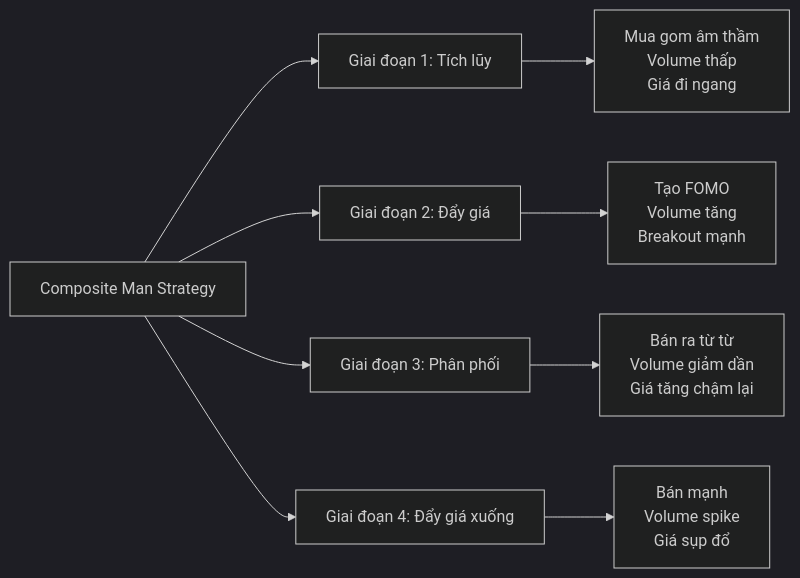
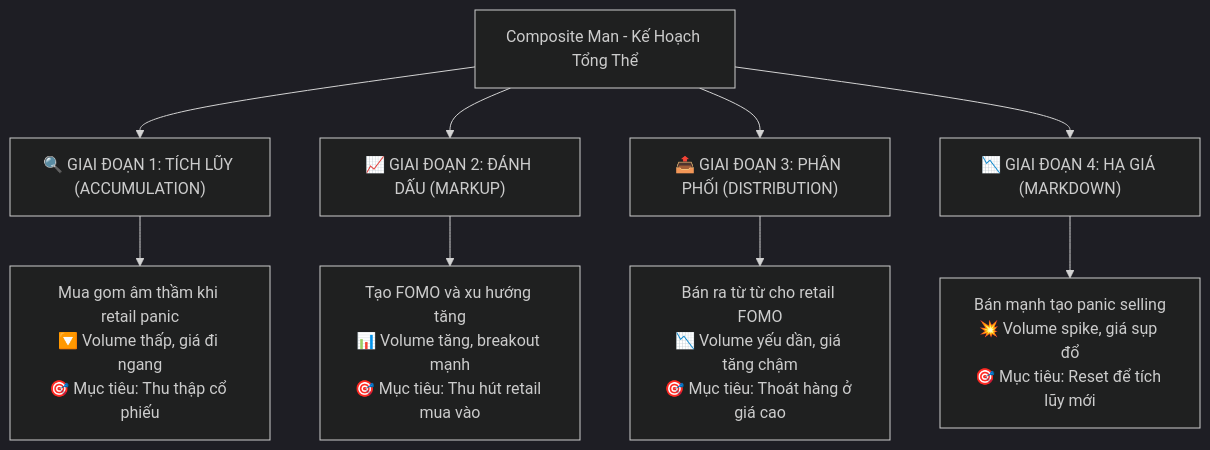
One commit to quanhua92/aipriceaction-old changed the first of 2 diagrams in docs/tutorials/chapter-1-3-composite-man.md. Above: the diagram before and after it, drawn with Mermaid (dark theme). The commit also changed other lines of this file and 21 other files, not shown here.

````diff
--- a/docs/tutorials/chapter-1-3-composite-man.md
+++ b/docs/tutorials/chapter-1-3-composite-man.md
@@ -14,12 +28,12 @@
 ```mermaid
-flowchart LR
-    A[Composite Man Strategy] --> B[Giai đoạn 1: Tích lũy]
-    A --> C[Giai đoạn 2: Đẩy giá]  
-    A --> D[Giai đoạn 3: Phân phối]
-    A --> E[Giai đoạn 4: Đẩy giá xuống]
+flowchart TD
+    A[Composite Man - Kế Hoạch Tổng Thể] --> B["🔍 GIAI ĐOẠN 1: TÍCH LŨY (ACCUMULATION)"]
+    A --> C["📈 GIAI ĐOẠN 2: ĐÁNH DẤU (MARKUP)"]
+    A --> D["📤 GIAI ĐOẠN 3: PHÂN PHỐI (DISTRIBUTION)"]
+    A --> E["📉 GIAI ĐOẠN 4: HẠ GIÁ (MARKDOWN)"]
     
-    B --> B1[Mua gom âm thầm<br/>Volume thấp<br/>Giá đi ngang]
-    C --> C1[Tạo FOMO<br/>Volume tăng<br/>Breakout mạnh]
-    D --> D1[Bán ra từ từ<br/>Volume giảm dần<br/>Giá tăng chậm lại]
-    E --> E1[Bán mạnh<br/>Volume spike<br/>Giá sụp đổ]
+    B --> B1["Mua gom âm thầm khi retail panic<br/>🔽 Volume thấp, giá đi ngang<br/>🎯 Mục tiêu: Thu thập cổ phiếu"]
+    C --> C1["Tạo FOMO và xu hướng tăng<br/>📊 Volume tăng, breakout mạnh<br/>🎯 Mục tiêu: Thu hút retail mua vào"]
+    D --> D1["Bán ra từ từ cho retail FOMO<br/>📉 Volume yếu dần, giá tăng chậm<br/>🎯 Mục tiêu: Thoát hàng ở giá cao"]
+    E --> E1["Bán mạnh tạo panic selling<br/>💥 Volume spike, giá sụp đổ<br/>🎯 Mục tiêu: Reset để tích lũy mới"]
 ```
````
